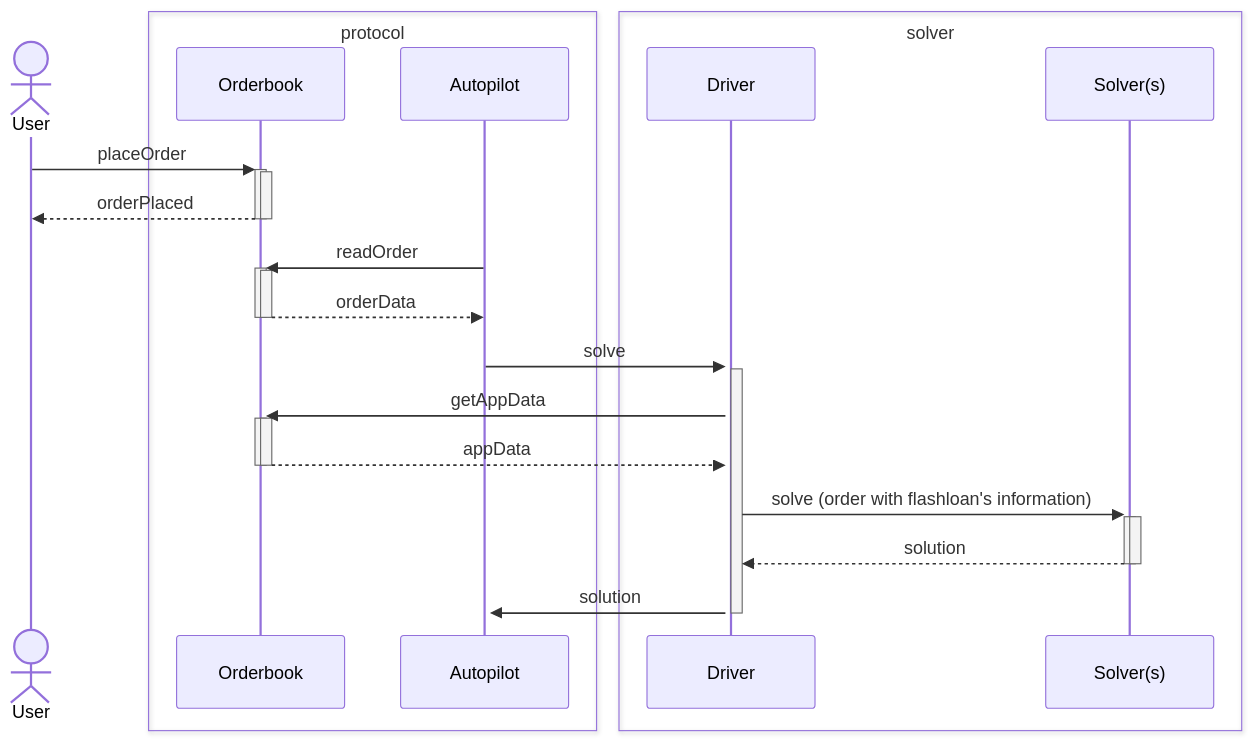
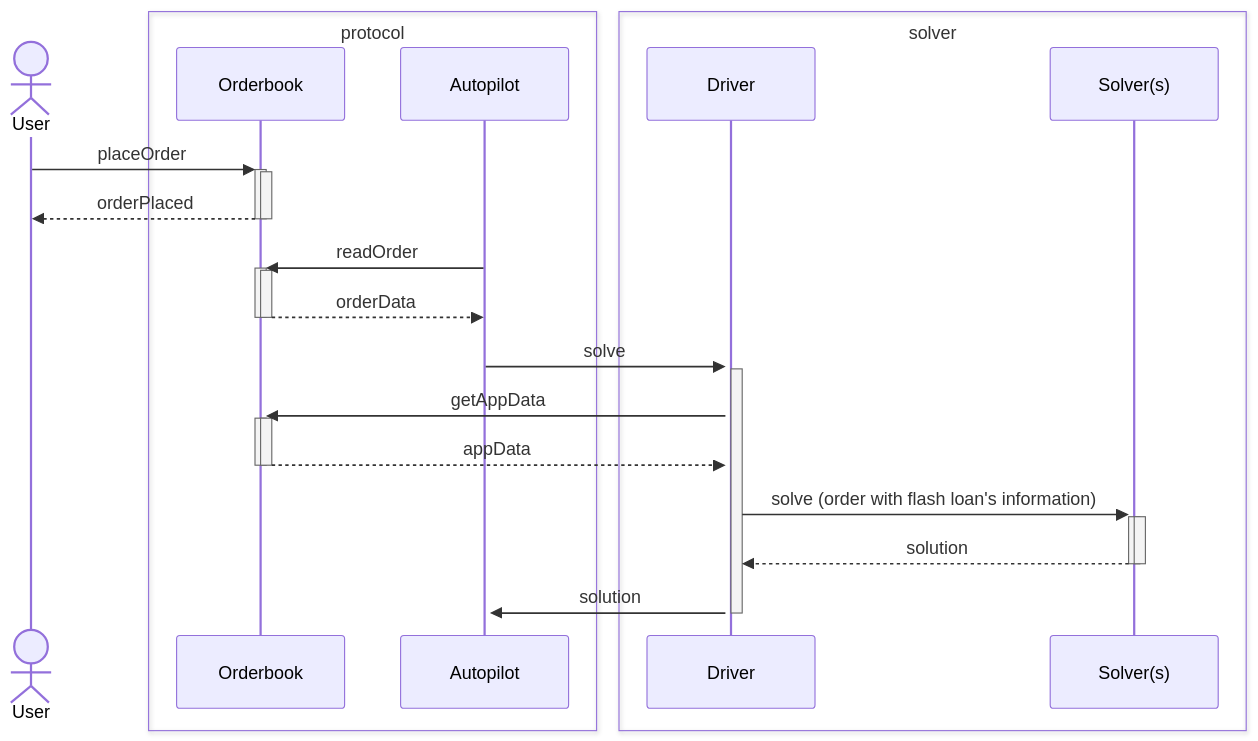
One commit to cowprotocol/docs changed the second of 2 diagrams in docs/cow-protocol/tutorials/arbitrate/solver/driver.md. Above: the diagram before and after it, drawn with Mermaid. The commit also changed other lines of this file and 10 other files, not shown here.

````diff
--- a/docs/cow-protocol/tutorials/arbitrate/solver/driver.md
+++ b/docs/cow-protocol/tutorials/arbitrate/solver/driver.md
@@ -94,36 +94,36 @@
 ```mermaid
 sequenceDiagram
     actor User
     box protocol
         participant Orderbook
         participant Autopilot
     end
     box solver
         participant Driver
         participant Solver(s)
     end
 
     User->>+Orderbook: placeOrder
     activate Orderbook
     Orderbook-->>-User: orderPlaced
     deactivate Orderbook
 
     Autopilot->>+Orderbook: readOrder
     activate Orderbook
     Orderbook-->>-Autopilot: orderData
     deactivate Orderbook
 
     Autopilot->>+Driver: solve
     activate Driver
     Driver->>+Orderbook: getAppData
     activate Orderbook
     Orderbook-->>-Driver: appData
     deactivate Orderbook
 
-    Driver->>+Solver(s): solve (order with flashloan's information)
+    Driver->>+Solver(s): solve (order with flash loan's information)
     activate Solver(s)
     Solver(s)-->>-Driver: solution
     deactivate Solver(s)
     Driver->>+Autopilot: solution
     deactivate Driver
 ```
````
